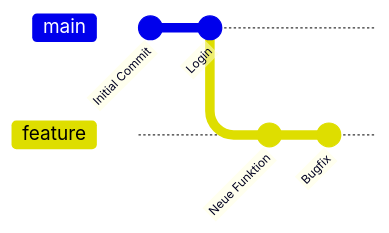
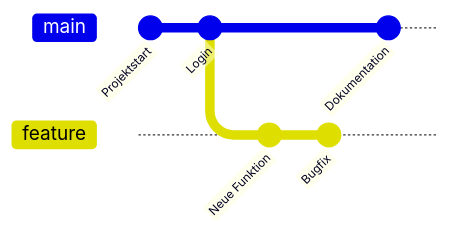
Before and after one commit to Post155/Git-Schulung: the sixth of 21 diagrams in README.md, drawn with Mermaid. The commit also changed other lines of this file, not shown here.

````diff
--- a/README.md
+++ b/README.md
@@ -132,13 +155,13 @@
 ```mermaid
 gitGraph
-   commit id: "Initial Commit"
-   commit id: "Login"
+    commit id: "Projektstart"
+    commit id: "Login"
 
-   branch feature
-   checkout feature
+    branch feature
+    checkout feature
+    commit id: "Neue Funktion"
+    commit id: "Bugfix"
 
-   commit id: "Neue Funktion"
-   commit id: "Bugfix"
-
-   checkout main
+    checkout main
+    commit id: "Dokumentation"
 ```
````
